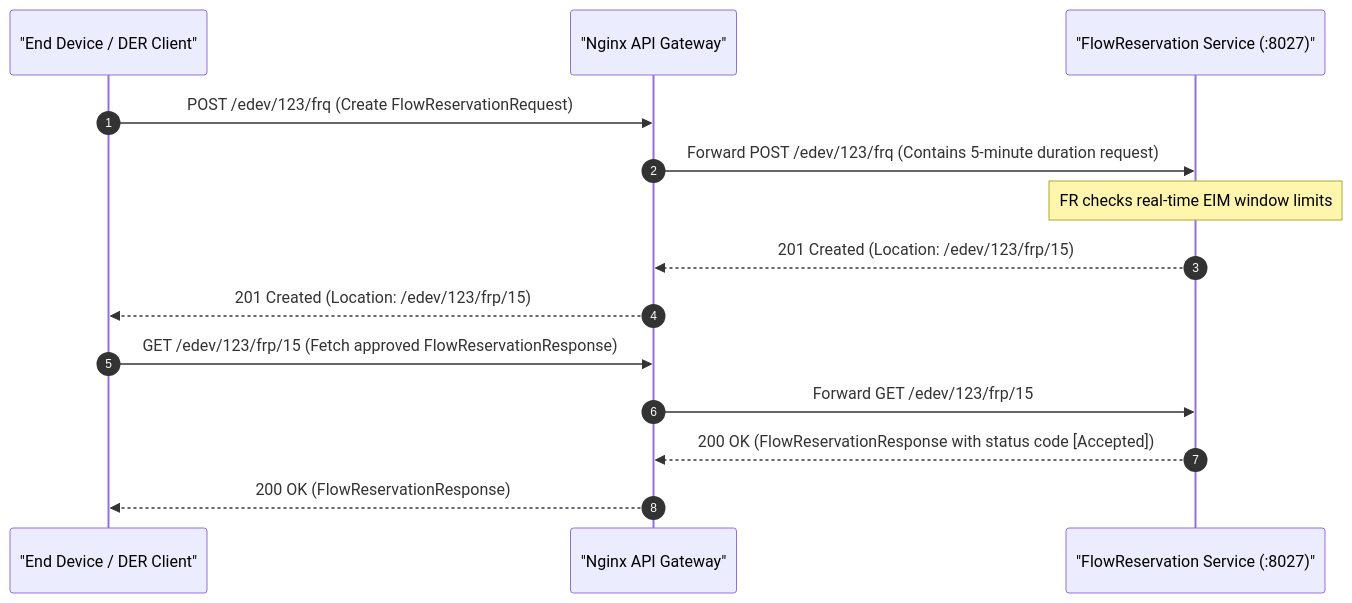
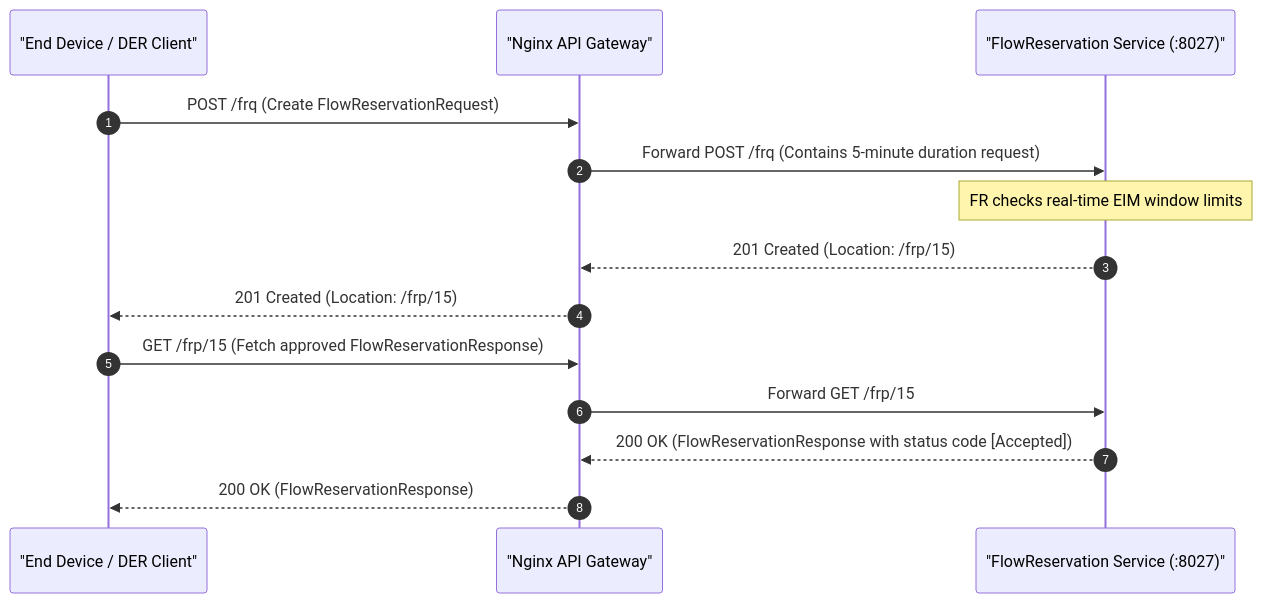
Before and after one commit to Tylores/egot: the second of 5 diagrams in lifecycles/regulation.md, drawn with Mermaid. The commit also changed other lines of this file and 18 other files, not shown here.

````diff
--- a/lifecycles/regulation.md
+++ b/lifecycles/regulation.md
@@ -42,18 +42,18 @@
 ```mermaid
 sequenceDiagram
     autonumber
     participant Client as "End Device / DER Client"
     participant GW as "Nginx API Gateway"
     participant FR as "FlowReservation Service (:8027)"
 
-    Client->>GW: POST /edev/123/frq (Create FlowReservationRequest)
-    GW->>FR: Forward POST /edev/123/frq (Contains 5-minute duration request)
+    Client->>GW: POST /frq (Create FlowReservationRequest)
+    GW->>FR: Forward POST /frq (Contains 5-minute duration request)
     Note over FR: FR checks real-time EIM window limits
-    FR-->>GW: 201 Created (Location: /edev/123/frp/15)
-    GW-->>Client: 201 Created (Location: /edev/123/frp/15)
+    FR-->>GW: 201 Created (Location: /frp/15)
+    GW-->>Client: 201 Created (Location: /frp/15)
 
-    Client->>GW: GET /edev/123/frp/15 (Fetch approved FlowReservationResponse)
-    GW->>FR: Forward GET /edev/123/frp/15
+    Client->>GW: GET /frp/15 (Fetch approved FlowReservationResponse)
+    GW->>FR: Forward GET /frp/15
     FR-->>GW: 200 OK (FlowReservationResponse with status code [Accepted])
     GW-->>Client: 200 OK (FlowReservationResponse)
 ```
````
